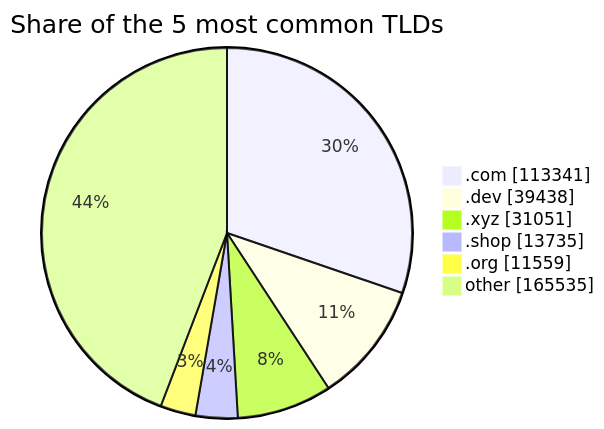
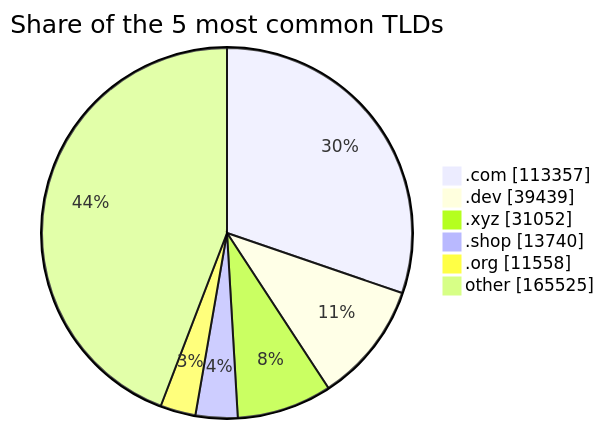
The third of 3 diagrams in README.md (DNSBunker/CTI), drawn with Mermaid before and after one commit. The commit also changed other lines of this file and 3 other files, not shown here.

````diff
--- a/README.md
+++ b/README.md
@@ -81,9 +81,9 @@
 ```mermaid
 pie showData title Share of the 5 most common TLDs
-    ".com" : 113341
-    ".dev" : 39438
-    ".xyz" : 31051
-    ".shop" : 13735
-    ".org" : 11559
-    "other" : 165535
+    ".com" : 113357
+    ".dev" : 39439
+    ".xyz" : 31052
+    ".shop" : 13740
+    ".org" : 11558
+    "other" : 165525
 ```
````
